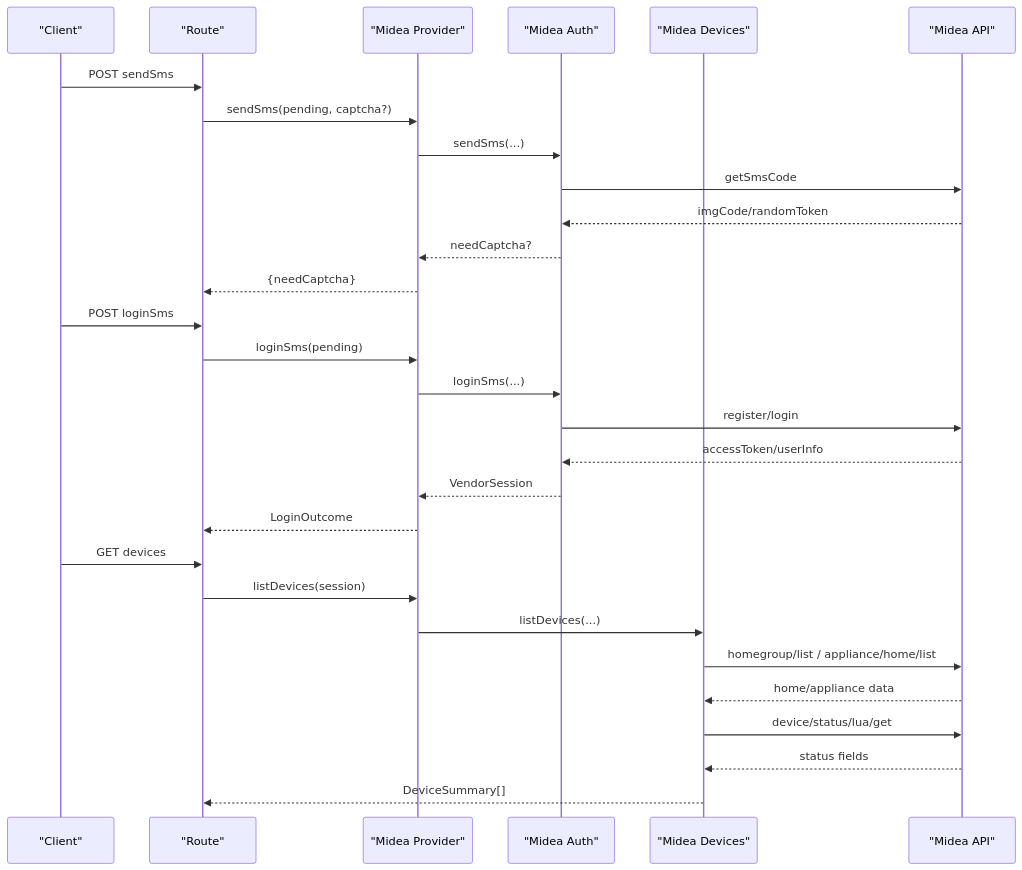
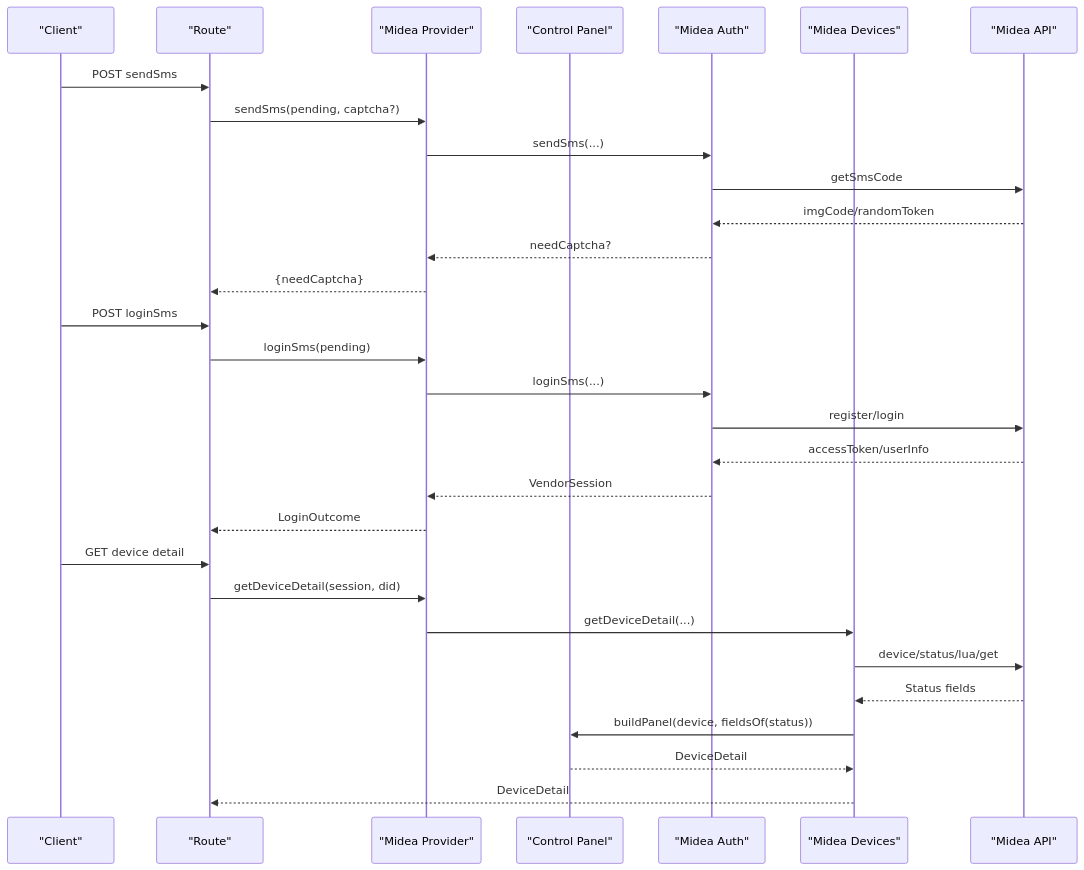
The seventh of 10 diagrams in .qoder/repowiki/en/content/Architecture Overview/Provider System Architecture.md (dlutwuwei/mihome-web), drawn with Mermaid before and after one commit. The commit also changed other lines of this file and 84 other files, not shown here.

````diff
--- a/.qoder/repowiki/en/content/Architecture Overview/Provider System Architecture.md
+++ b/.qoder/repowiki/en/content/Architecture Overview/Provider System Architecture.md
@@ -320,31 +418,32 @@
 ```mermaid
 sequenceDiagram
 participant Client as "Client"
 participant Route as "Route"
 participant Midea as "Midea Provider"
+participant Panel as "Control Panel"
 participant Auth as "Midea Auth"
 participant Devices as "Midea Devices"
 participant MideaAPI as "Midea API"
 Client->>Route : POST sendSms
 Route->>Midea : sendSms(pending, captcha?)
 Midea->>Auth : sendSms(...)
 Auth->>MideaAPI : getSmsCode
 MideaAPI-->>Auth : imgCode/randomToken
 Auth-->>Midea : needCaptcha?
 Midea-->>Route : {needCaptcha}
 Client->>Route : POST loginSms
 Route->>Midea : loginSms(pending)
 Midea->>Auth : loginSms(...)
 Auth->>MideaAPI : register/login
 MideaAPI-->>Auth : accessToken/userInfo
 Auth-->>Midea : VendorSession
 Midea-->>Route : LoginOutcome
-Client->>Route : GET devices
-Route->>Midea : listDevices(session)
-Midea->>Devices : listDevices(...)
-Devices->>MideaAPI : homegroup/list / appliance/home/list
-MideaAPI-->>Devices : home/appliance data
+Client->>Route : GET device detail
+Route->>Midea : getDeviceDetail(session, did)
+Midea->>Devices : getDeviceDetail(...)
 Devices->>MideaAPI : device/status/lua/get
-MideaAPI-->>Devices : status fields
-Devices-->>Route : DeviceSummary[]
+MideaAPI-->>Devices : Status fields
+Devices->>Panel : buildPanel(device, fieldsOf(status))
+Panel-->>Devices : DeviceDetail
+Devices-->>Route : DeviceDetail
 ```
````
